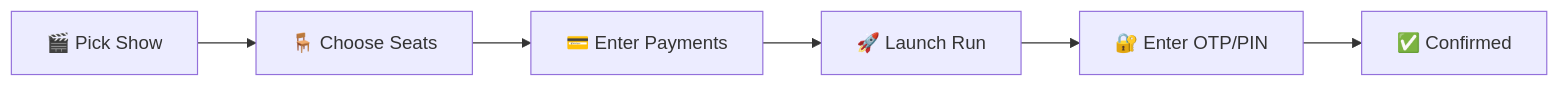
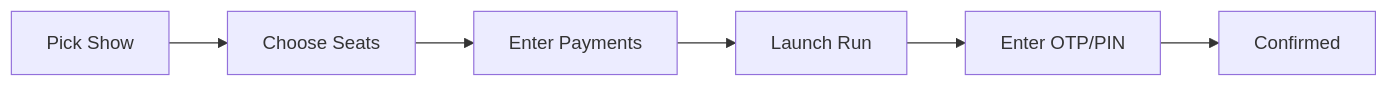
Before and after one commit to MEmio3/CheatCode: the diagram in README.md, drawn with Mermaid. The commit also changed other lines of this file, not shown here.

````diff
--- a/README.md
+++ b/README.md
@@ -195,8 +208,8 @@
 ```mermaid
 flowchart LR
-    A["🎬 Pick Show"] --> B["🪑 Choose Seats"]
-    B --> C["💳 Enter Payments"]
-    C --> D["🚀 Launch Run"]
-    D --> E["🔐 Enter OTP/PIN"]
-    E --> F["✅ Confirmed"]
+    A["Pick Show"] --> B["Choose Seats"]
+    B --> C["Enter Payments"]
+    C --> D["Launch Run"]
+    D --> E["Enter OTP/PIN"]
+    E --> F["Confirmed"]
 ```
````
